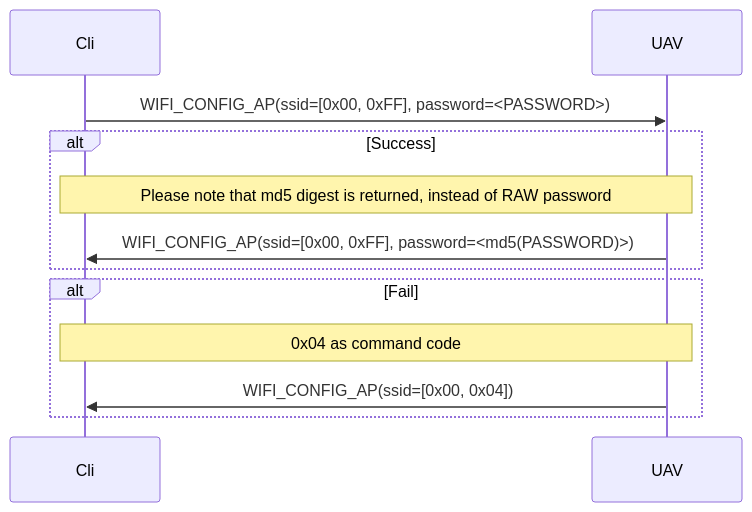
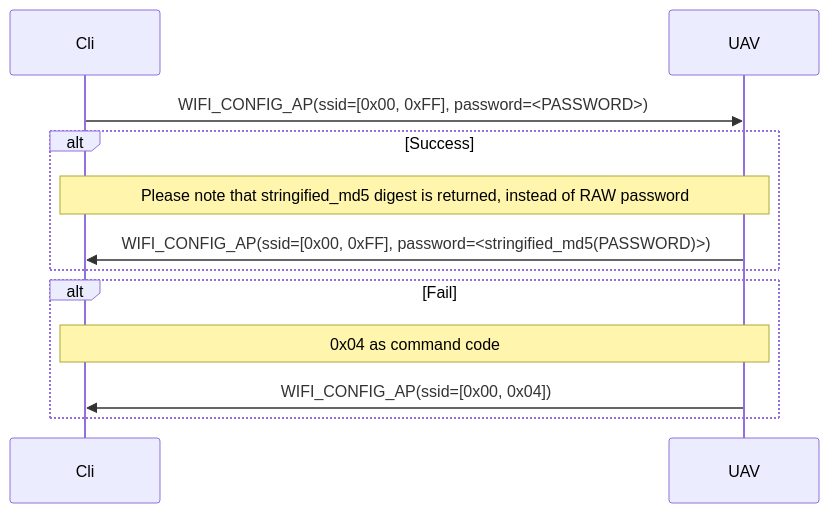
Before and after one commit to geoscan/pioneer_sdk: the fourth of 6 diagrams in pioneer_sdk/mavsub/README.md, drawn with Mermaid. The commit also changed other lines of this file, not shown here.

Commit message:
[mavsub:README] Build | `stringified_md5`, description thereof

````diff
--- a/pioneer_sdk/mavsub/README.md
+++ b/pioneer_sdk/mavsub/README.md
@@ -104,16 +117,16 @@
 ```mermaid
 sequenceDiagram
 	participant Cli
 	participant UAV
 	Cli ->> UAV: WIFI_CONFIG_AP(ssid=[0x00, 0xFF], password=<PASSWORD>)
 
 	alt Success
-		note over UAV, Cli: Please note that md5 digest is returned, instead of RAW password
-		UAV ->> Cli: WIFI_CONFIG_AP(ssid=[0x00, 0xFF], password=<md5(PASSWORD)>)
+		note over UAV, Cli: Please note that stringified_md5 digest is returned, instead of RAW password
+		UAV ->> Cli: WIFI_CONFIG_AP(ssid=[0x00, 0xFF], password=<stringified_md5(PASSWORD)>)
 	end
 
 	alt Fail
 		note over Cli, UAV: 0x04 as command code
 		UAV ->> Cli: WIFI_CONFIG_AP(ssid=[0x00, 0x04])
 	end
 ```
````
